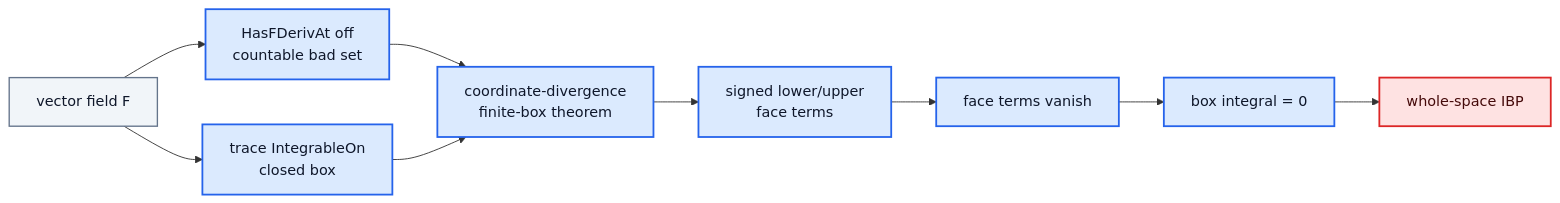
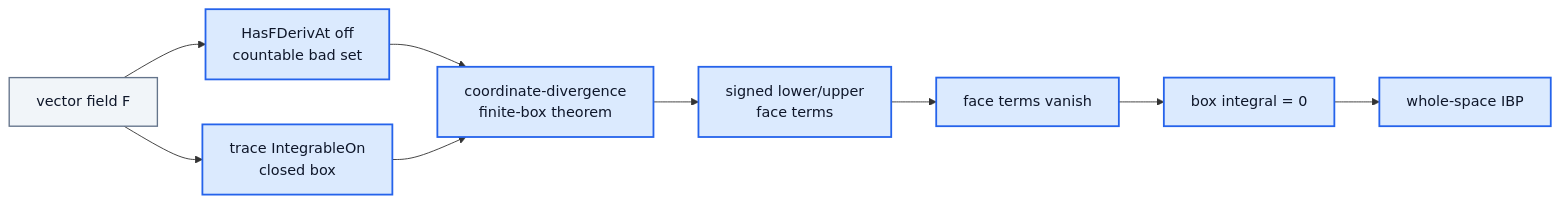
One commit to DakeBU/Auto-Sampling-Theory-In-Sleep changed the sixth of 13 diagrams in README.md. Above: the diagram before and after it, drawn with Mermaid. The commit also changed other lines of this file and 85 other files, not shown here.

````diff
--- a/README.md
+++ b/README.md
@@ -316,19 +316,19 @@
 ```mermaid
 flowchart LR
   Field[vector field F]:::gray
   Deriv[HasFDerivAt off<br/>countable bad set]:::blue
   Trace[trace IntegrableOn<br/>closed box]:::blue
   DivThm[coordinate-divergence<br/>finite-box theorem]:::blue
   Faces[signed lower/upper<br/>face terms]:::blue
   Vanish[face terms vanish]:::blue
   BoxZero[box integral = 0]:::blue
-  Whole[whole-space IBP]:::red
+  Whole[whole-space IBP]:::blue
 
   Field --> Deriv --> DivThm
   Field --> Trace --> DivThm
   DivThm --> Faces --> Vanish --> BoxZero --> Whole
 
   classDef gray fill:#f1f5f9,stroke:#64748b,color:#0f172a,stroke-width:1.5px;
   classDef blue fill:#dbeafe,stroke:#2563eb,color:#0f172a,stroke-width:2px;
   classDef red fill:#fee2e2,stroke:#dc2626,color:#450a0a,stroke-width:2px;
 ```
````
